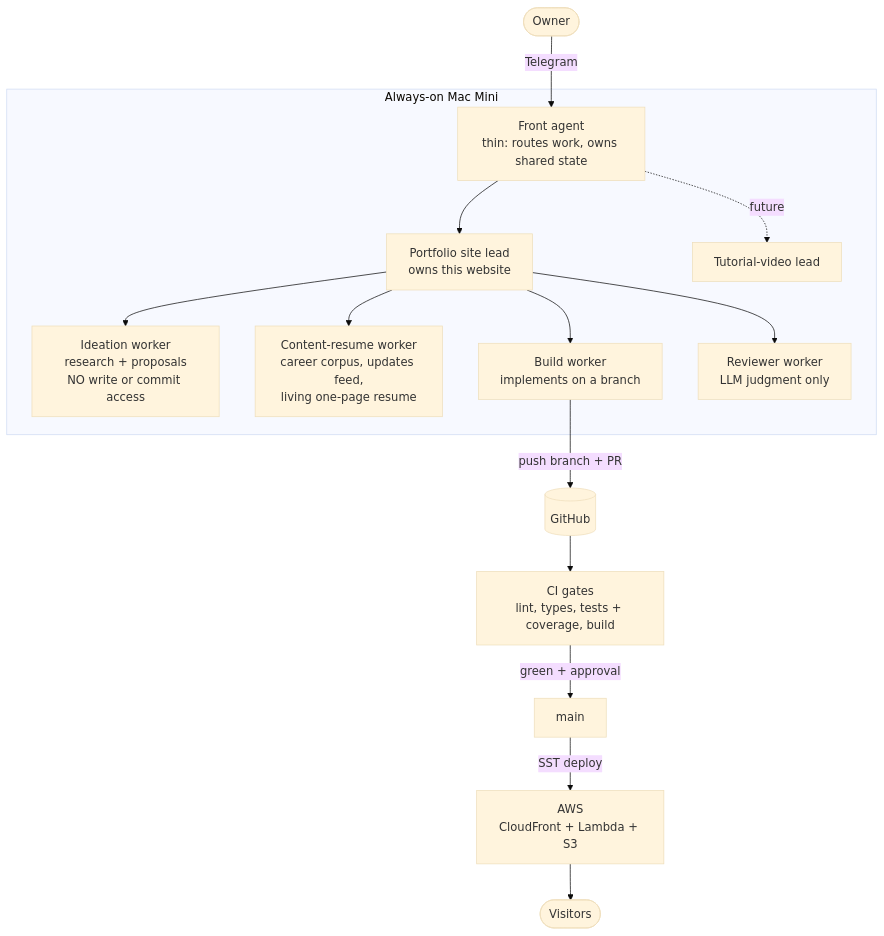
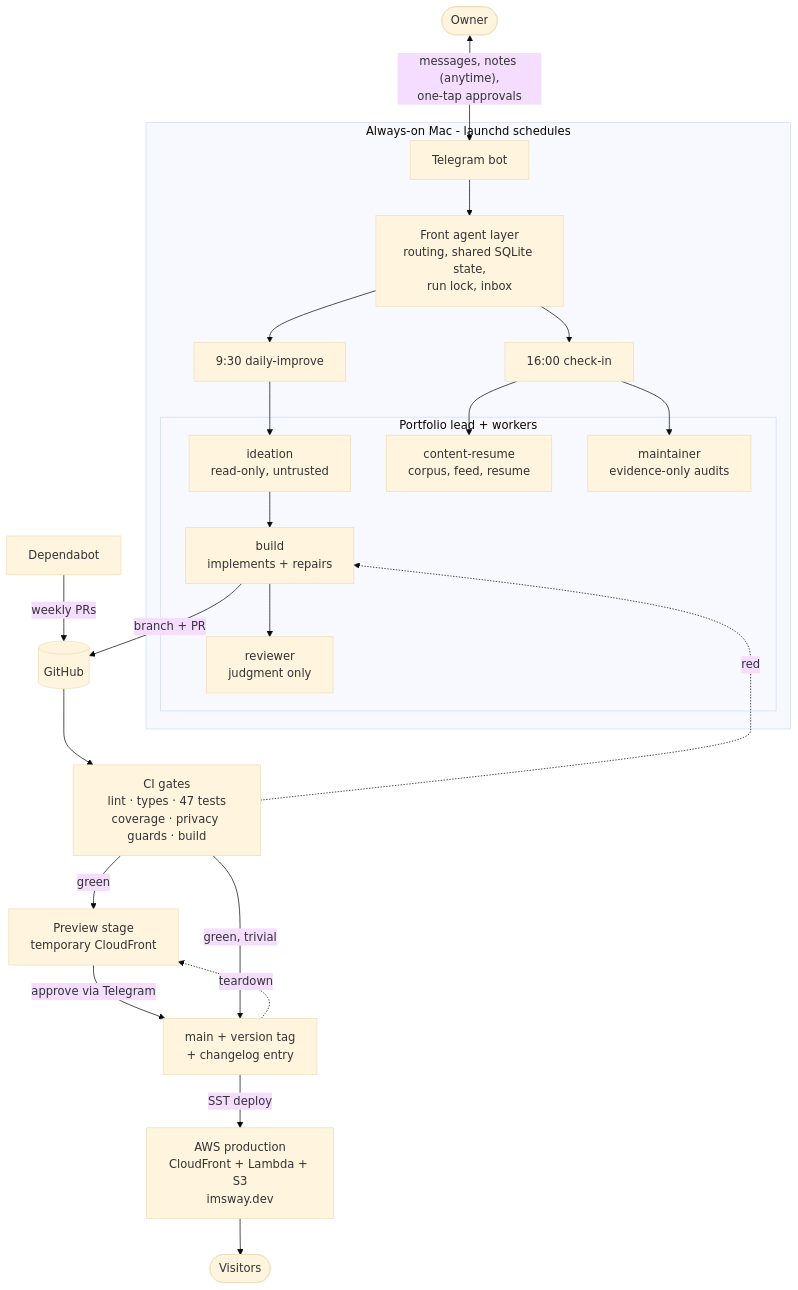
One commit to sbrick26/auto-portfolio changed the diagram in README.md. Above: the diagram before and after it, drawn with Mermaid (base theme). The commit also changed other lines of this file and 1 other file, not shown here.

Commit message:
README: full pipeline architecture, mermaid diagram, how it runs on its own

````diff
--- a/README.md
+++ b/README.md
@@ -23,20 +37,32 @@
 ```mermaid
 flowchart TD
-    U([Owner]) -->|Telegram| FA
+    O([Owner]) <-->|"messages, notes (anytime),<br/>one-tap approvals"| TGM[Telegram bot]
 
-    subgraph mini[Always-on Mac Mini]
-        FA[Front agent<br/>thin: routes work, owns shared state]
-        FA --> PL[Portfolio site lead<br/>owns this website]
-        PL --> IW[Ideation worker<br/>research + proposals<br/>NO write or commit access]
-        PL --> CW[Content-resume worker<br/>career corpus, updates feed,<br/>living one-page resume]
-        PL --> BW[Build worker<br/>implements on a branch]
-        PL --> RW[Reviewer worker<br/>LLM judgment only]
-        FA -.future.-> TL[Tutorial-video lead]
+    subgraph mac[Always-on Mac - launchd schedules]
+        TGM --> FA[Front agent layer<br/>routing, shared SQLite state,<br/>run lock, inbox]
+        FA --> DAILY[9:30 daily-improve]
+        FA --> CHECKIN[16:00 check-in]
+
+        subgraph workers[Portfolio lead + workers]
+            IDE[ideation<br/>read-only, untrusted]
+            BLD[build<br/>implements + repairs]
+            REV[reviewer<br/>judgment only]
+            CNT[content-resume<br/>corpus, feed, resume]
+            MNT[maintainer<br/>evidence-only audits]
+        end
+        DAILY --> IDE --> BLD --> REV
+        CHECKIN --> CNT
+        CHECKIN --> MNT
     end
 
-    BW -->|push branch + PR| GH[(GitHub)]
-    GH --> CI[CI gates<br/>lint, types, tests + coverage, build]
-    CI -->|green + approval| M[main]
-    M -->|SST deploy| AWS[AWS<br/>CloudFront + Lambda + S3]
+    BLD -->|branch + PR| GH[(GitHub)]
+    DEP[Dependabot] -->|weekly PRs| GH
+    GH --> CI[CI gates<br/>lint · types · 47 tests<br/>coverage · privacy guards · build]
+    CI -.red.-> BLD
+    CI -->|green| PREV[Preview stage<br/>temporary CloudFront]
+    PREV -->|approve via Telegram| MAIN[main + version tag<br/>+ changelog entry]
+    CI -->|green, trivial| MAIN
+    MAIN -->|SST deploy| AWS[AWS production<br/>CloudFront + Lambda + S3<br/>imsway.dev]
+    MAIN -.teardown.-> PREV
     AWS --> V([Visitors])
 ```
````
